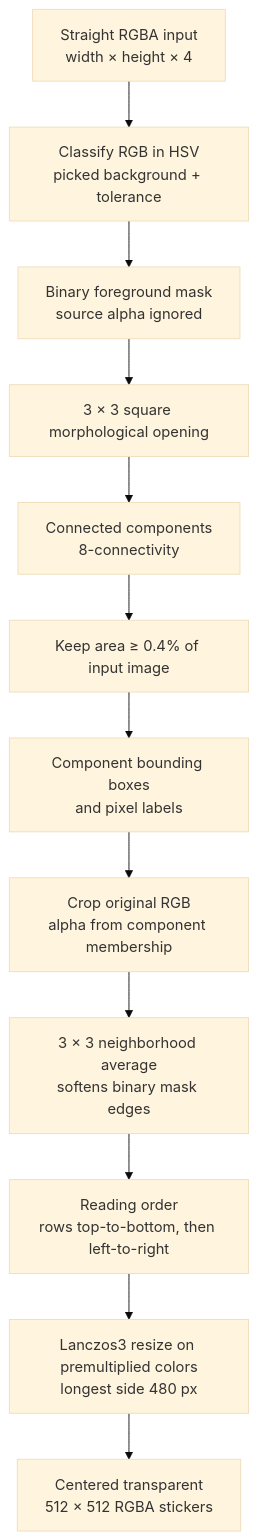
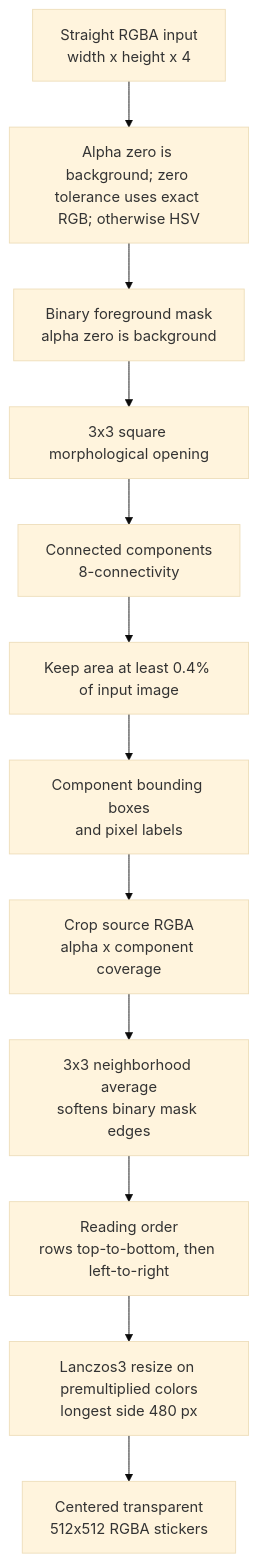
The first of 2 diagrams in ARCHITECTURE.md (LucasReSilva/Rusticker), drawn with Mermaid (base theme) before and after one commit. The commit also changed other lines of this file and 9 other files, not shown here.

````diff
--- a/ARCHITECTURE.md
+++ b/ARCHITECTURE.md
@@ -54,14 +54,14 @@
 ```mermaid
 flowchart TD
-    A["Straight RGBA input<br/>width × height × 4"] --> B["Classify RGB in HSV<br/>picked background + tolerance"]
-    B --> C["Binary foreground mask<br/>source alpha ignored"]
-    C --> D["3 × 3 square morphological opening"]
+    A["Straight RGBA input<br/>width x height x 4"] --> B["Alpha zero is background; zero tolerance uses exact RGB; otherwise HSV"]
+    B --> C["Binary foreground mask<br/>alpha zero is background"]
+    C --> D["3x3 square morphological opening"]
     D --> E["Connected components<br/>8-connectivity"]
-    E --> F["Keep area ≥ 0.4% of input image"]
+    E --> F["Keep area at least 0.4% of input image"]
     F --> G["Component bounding boxes<br/>and pixel labels"]
-    G --> H["Crop original RGB<br/>alpha from component membership"]
-    H --> I["3 × 3 neighborhood average<br/>softens binary mask edges"]
+    G --> H["Crop source RGBA<br/>alpha x component coverage"]
+    H --> I["3x3 neighborhood average<br/>softens binary mask edges"]
     I --> J["Reading order<br/>rows top-to-bottom, then left-to-right"]
     J --> K["Lanczos3 resize on premultiplied colors<br/>longest side 480 px"]
-    K --> L["Centered transparent<br/>512 × 512 RGBA stickers"]
+    K --> L["Centered transparent<br/>512x512 RGBA stickers"]
 ```
````
